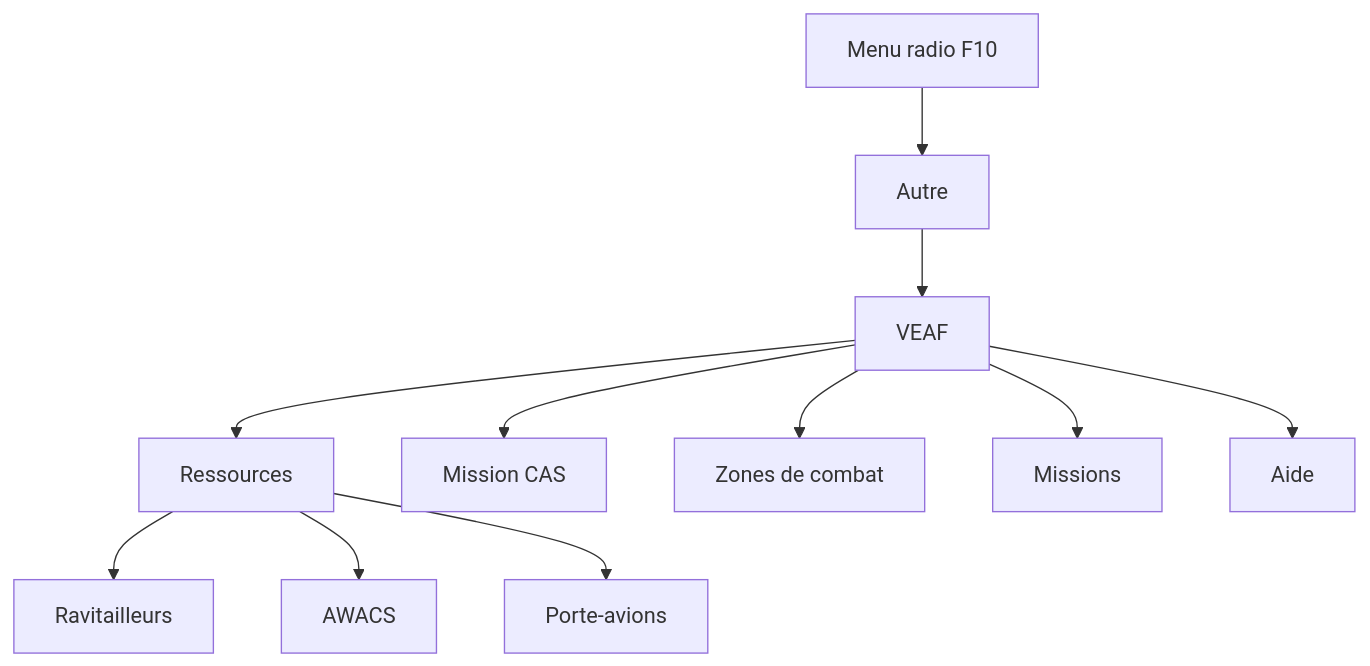
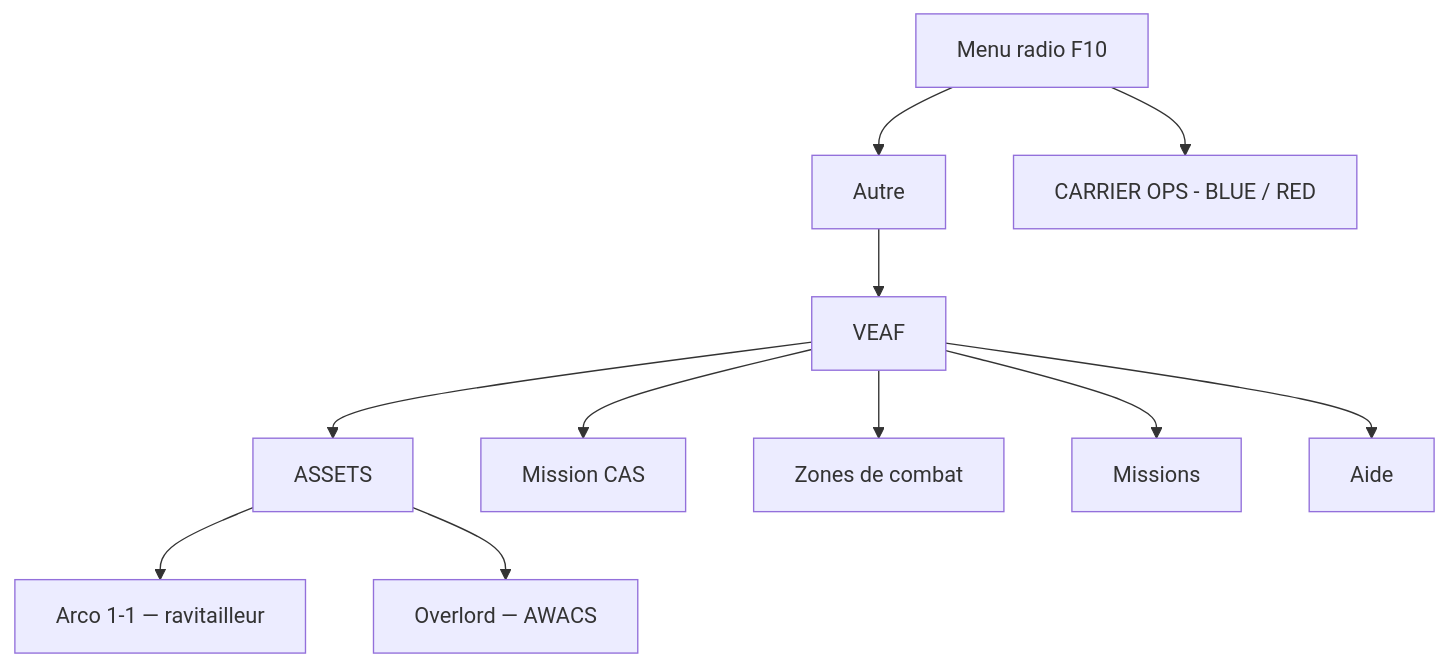
One commit to VEAF/VEAF-Mission-Creation-Tools changed the diagram in doc/pilot/GUIDE.md. Above: the diagram before and after it, drawn with Mermaid. The commit also changed other lines of this file and 17 other files, not shown here.

````diff
--- a/doc/pilot/GUIDE.md
+++ b/doc/pilot/GUIDE.md
@@ -52,12 +52,12 @@
 ```mermaid
 graph TD
     F10[Menu radio F10] --> Autre[Autre] --> VEAF[VEAF]
-    VEAF --> Res[Ressources]
+    VEAF --> Res[ASSETS]
     VEAF --> CAS[Mission CAS]
     VEAF --> CZ[Zones de combat]
     VEAF --> Miss[Missions]
     VEAF --> Aide[Aide]
-    Res --> Tank[Ravitailleurs]
-    Res --> AWACS[AWACS]
-    Res --> Carrier[Porte-avions]
+    Res --> A1["Arco 1-1 — ravitailleur"]
+    Res --> A2["Overlord — AWACS"]
+    F10 --> Carrier["CARRIER OPS - BLUE / RED"]
 ```
````
